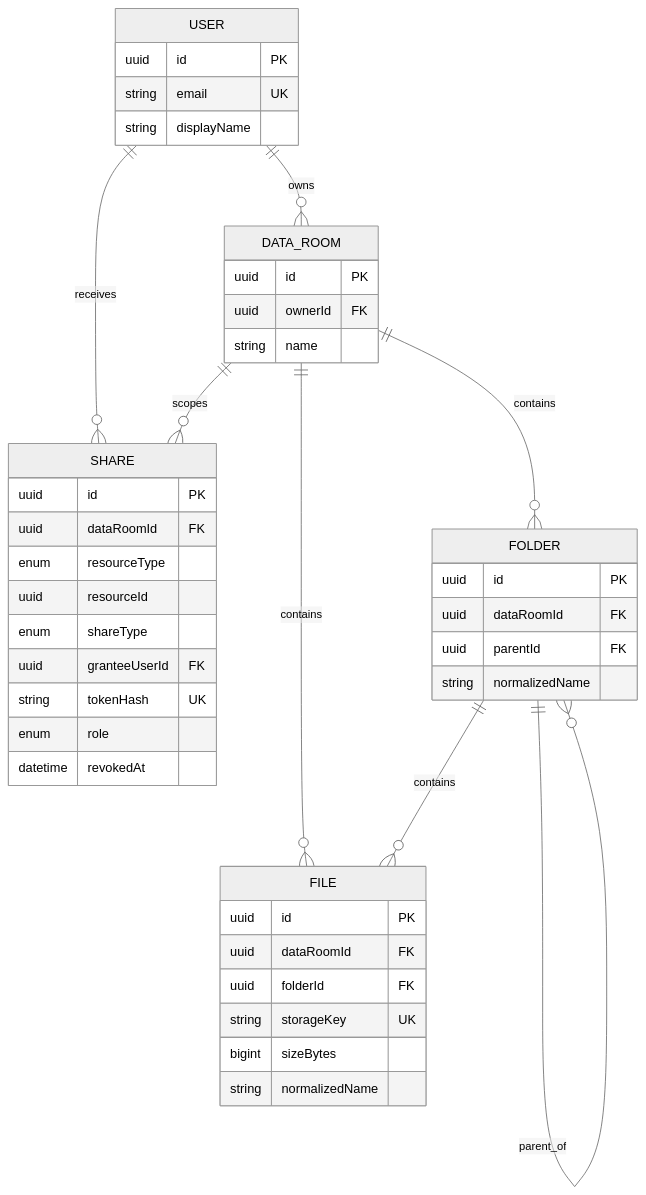
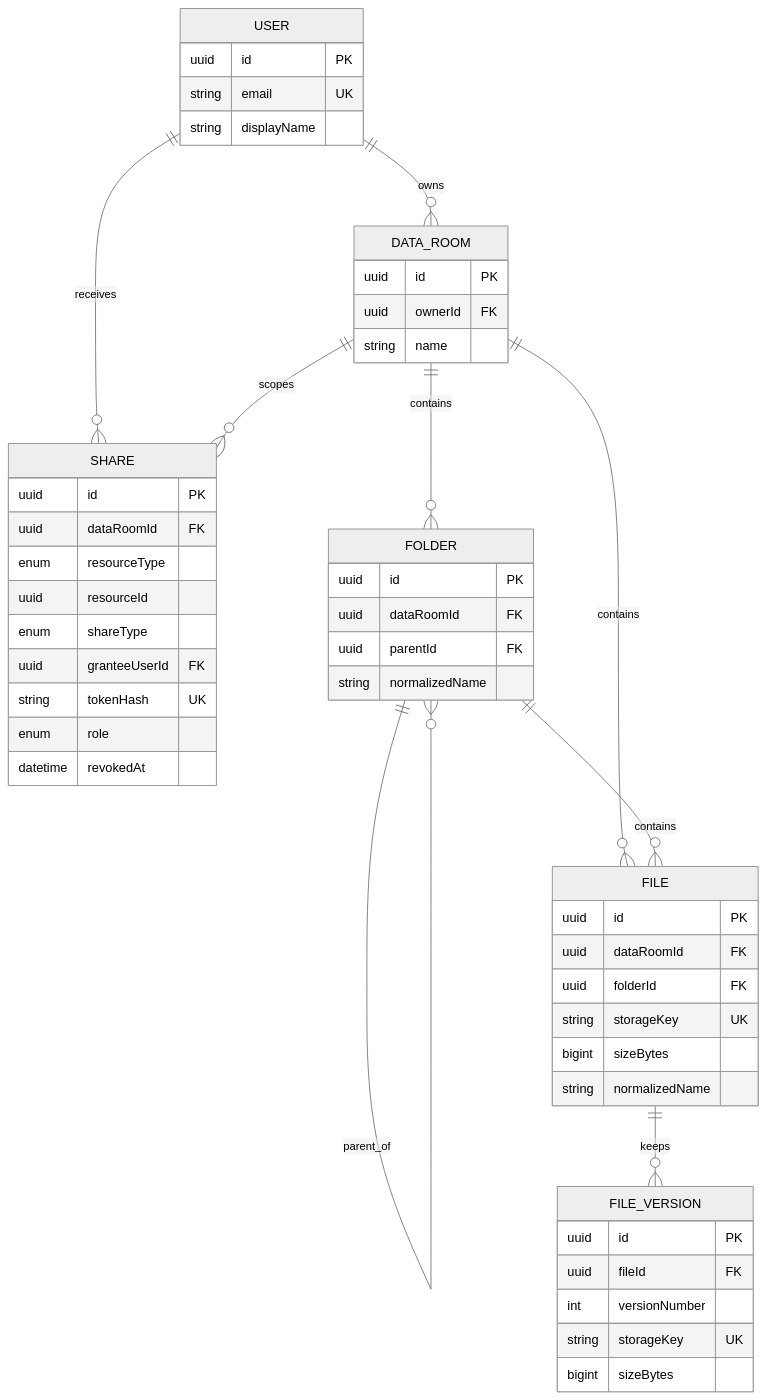
Before and after one commit to ochaoo/acme-data-room: the diagram in README.md, drawn with Mermaid (neutral theme). The commit also changed other lines of this file and 13 other files, not shown here.

````diff
--- a/README.md
+++ b/README.md
@@ -53,46 +54,54 @@
 ```mermaid
 erDiagram
   USER ||--o{ DATA_ROOM : owns
   USER ||--o{ SHARE : receives
   DATA_ROOM ||--o{ FOLDER : contains
   FOLDER ||--o{ FOLDER : parent_of
   DATA_ROOM ||--o{ FILE : contains
   FOLDER ||--o{ FILE : contains
+  FILE ||--o{ FILE_VERSION : keeps
   DATA_ROOM ||--o{ SHARE : scopes
 
   USER {
     uuid id PK
     string email UK
     string displayName
   }
   DATA_ROOM {
     uuid id PK
     uuid ownerId FK
     string name
   }
   FOLDER {
     uuid id PK
     uuid dataRoomId FK
     uuid parentId FK
     string normalizedName
   }
   FILE {
     uuid id PK
     uuid dataRoomId FK
     uuid folderId FK
     string storageKey UK
     bigint sizeBytes
     string normalizedName
   }
+  FILE_VERSION {
+    uuid id PK
+    uuid fileId FK
+    int versionNumber
+    string storageKey UK
+    bigint sizeBytes
+  }
   SHARE {
     uuid id PK
     uuid dataRoomId FK
     enum resourceType
     uuid resourceId
     enum shareType
     uuid granteeUserId FK
     string tokenHash UK
     enum role
     datetime revokedAt
   }
 ```
````
